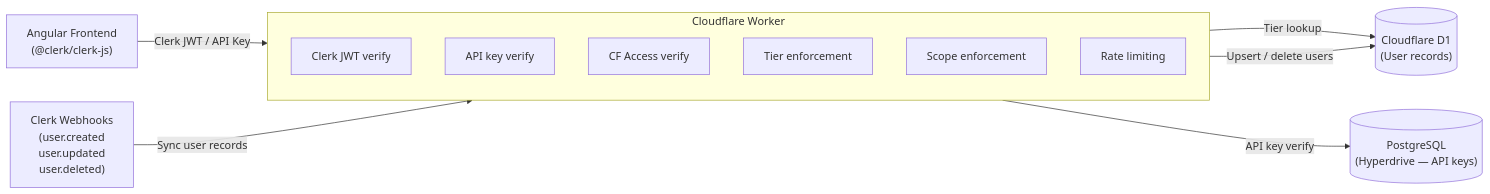
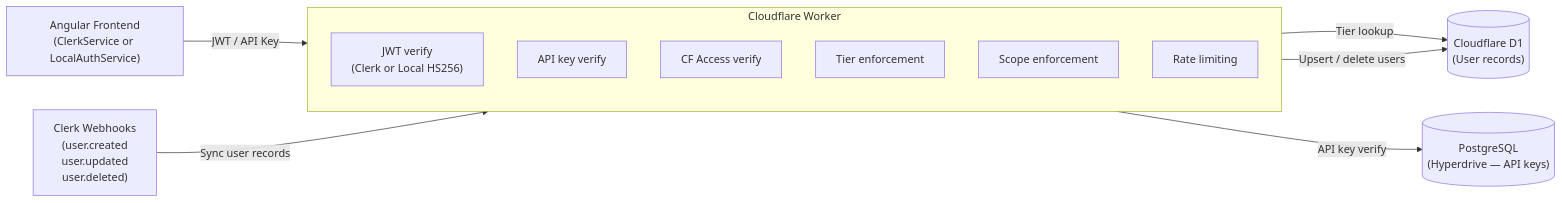
One commit to jaypatrick/adblock-compiler changed the diagram in docs/auth/README.md. Above: the diagram before and after it, drawn with Mermaid. The commit also changed other lines of this file, not shown here.

````diff
--- a/docs/auth/README.md
+++ b/docs/auth/README.md
@@ -26,24 +26,24 @@
 ```mermaid
 flowchart LR
-    FE["Angular Frontend\n(@clerk/clerk-js)"]
+    FE["Angular Frontend\n(ClerkService or LocalAuthService)"]
     W["Cloudflare Worker\n(Auth Middleware)"]
     D1[("Cloudflare D1\n(User records)")]
     PG[("PostgreSQL\n(Hyperdrive — API keys)")]
     WH["Clerk Webhooks\n(user.created\nuser.updated\nuser.deleted)"]
 
-    FE -->|"Clerk JWT / API Key"| W
+    FE -->|"JWT / API Key"| W
     W -->|"Tier lookup"| D1
     W -->|"API key verify"| PG
     WH -->|"Sync user records"| W
     W -->|"Upsert / delete users"| D1
 
     subgraph W["Cloudflare Worker"]
         direction TB
-        JWT["Clerk JWT verify"]
+        JWT["JWT verify\n(Clerk or Local HS256)"]
         AK["API key verify"]
         CF["CF Access verify"]
         TE["Tier enforcement"]
         SE["Scope enforcement"]
         RL["Rate limiting"]
     end
 ```
````
